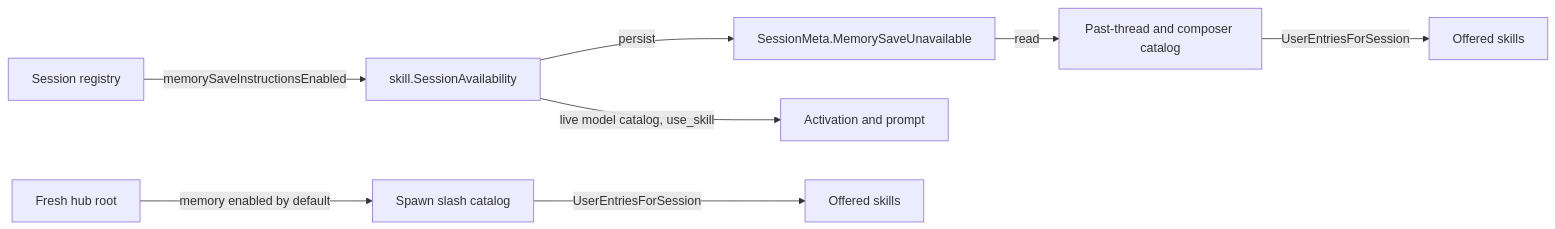
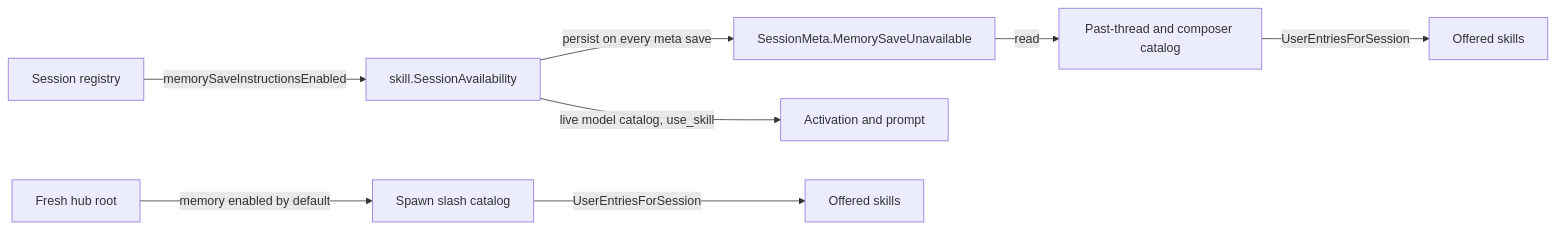
One commit to prime-radiant-inc/evener changed the diagram in docs/superpowers/specs/2026-10-23-issue-4456-session-skill-catalog.md. Above: the diagram before and after it, drawn with Mermaid. The commit also changed other lines of this file, not shown here.

````diff
--- a/docs/superpowers/specs/2026-10-23-issue-4456-session-skill-catalog.md
+++ b/docs/superpowers/specs/2026-10-23-issue-4456-session-skill-catalog.md
@@ -16,10 +16,10 @@
 ```mermaid
 flowchart LR
     S[Session registry] -->|memorySaveInstructionsEnabled| V[skill.SessionAvailability]
-    V -->|persist| M[SessionMeta.MemorySaveUnavailable]
+    V -->|persist on every meta save| M[SessionMeta.MemorySaveUnavailable]
     V -->|live model catalog, use_skill| A[Activation and prompt]
     M -->|read| P[Past-thread and composer catalog]
     F[Fresh hub root] -->|memory enabled by default| P2[Spawn slash catalog]
     P -->|UserEntriesForSession| C[Offered skills]
     P2 -->|UserEntriesForSession| C2[Offered skills]
 ```
````
